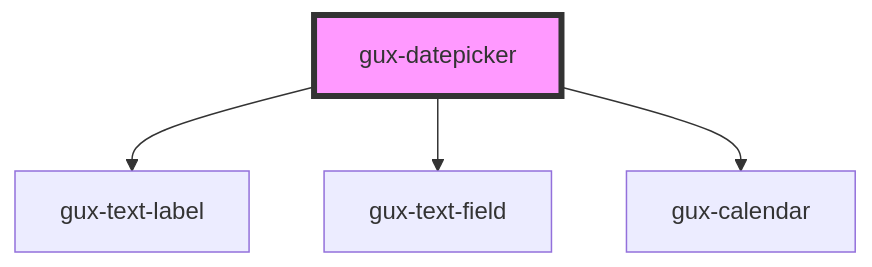
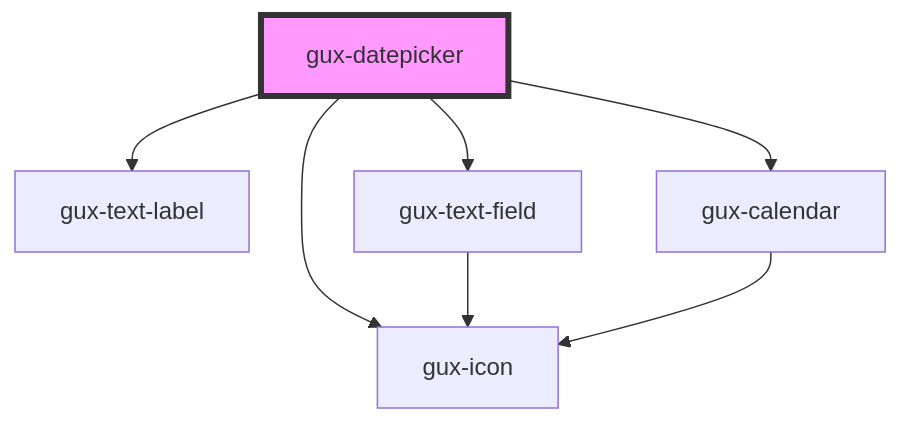
Before and after one commit to MyPureCloud/genesys-spark: the diagram in src/components/gux-datepicker/readme.md, drawn with Mermaid. The commit also changed other lines of this file and 79 other files, not shown here.

````diff
--- a/src/components/gux-datepicker/readme.md
+++ b/src/components/gux-datepicker/readme.md
@@ -37,7 +38,10 @@
 ```mermaid
 graph TD;
   gux-datepicker --> gux-text-label
   gux-datepicker --> gux-text-field
+  gux-datepicker --> gux-icon
   gux-datepicker --> gux-calendar
+  gux-text-field --> gux-icon
+  gux-calendar --> gux-icon
   style gux-datepicker fill:#f9f,stroke:#333,stroke-width:4px
 ```
````
